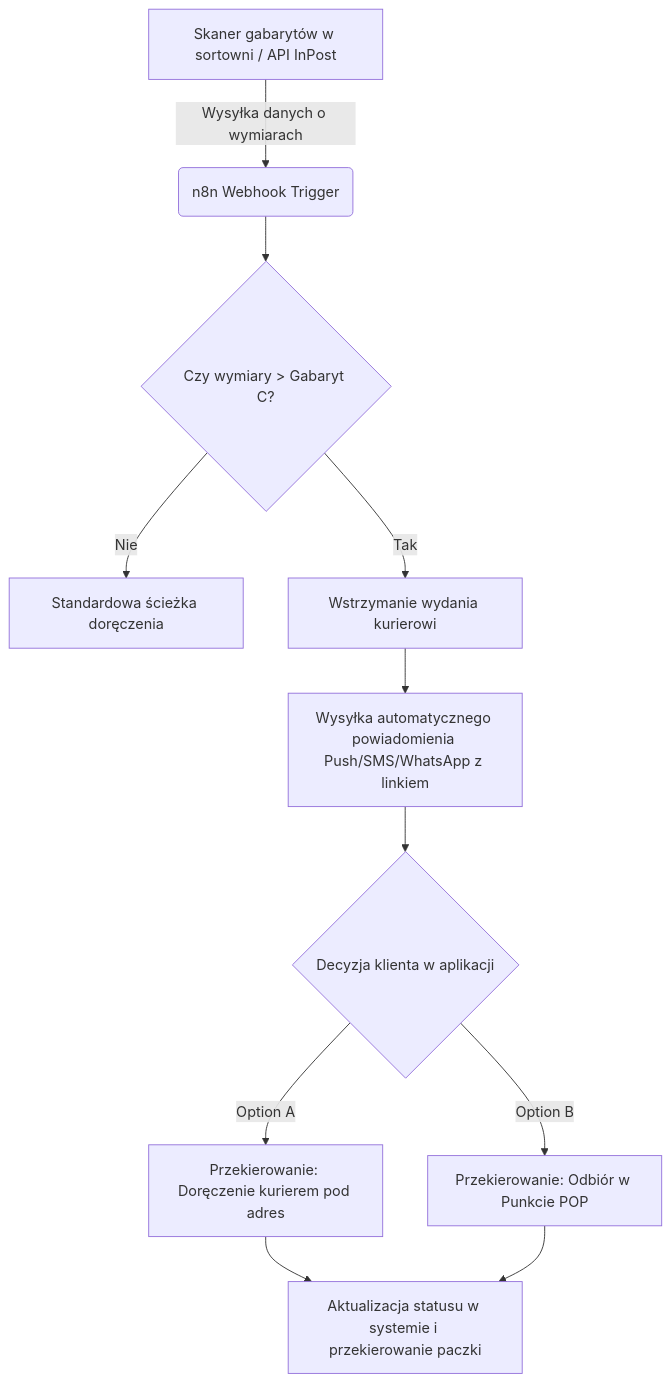
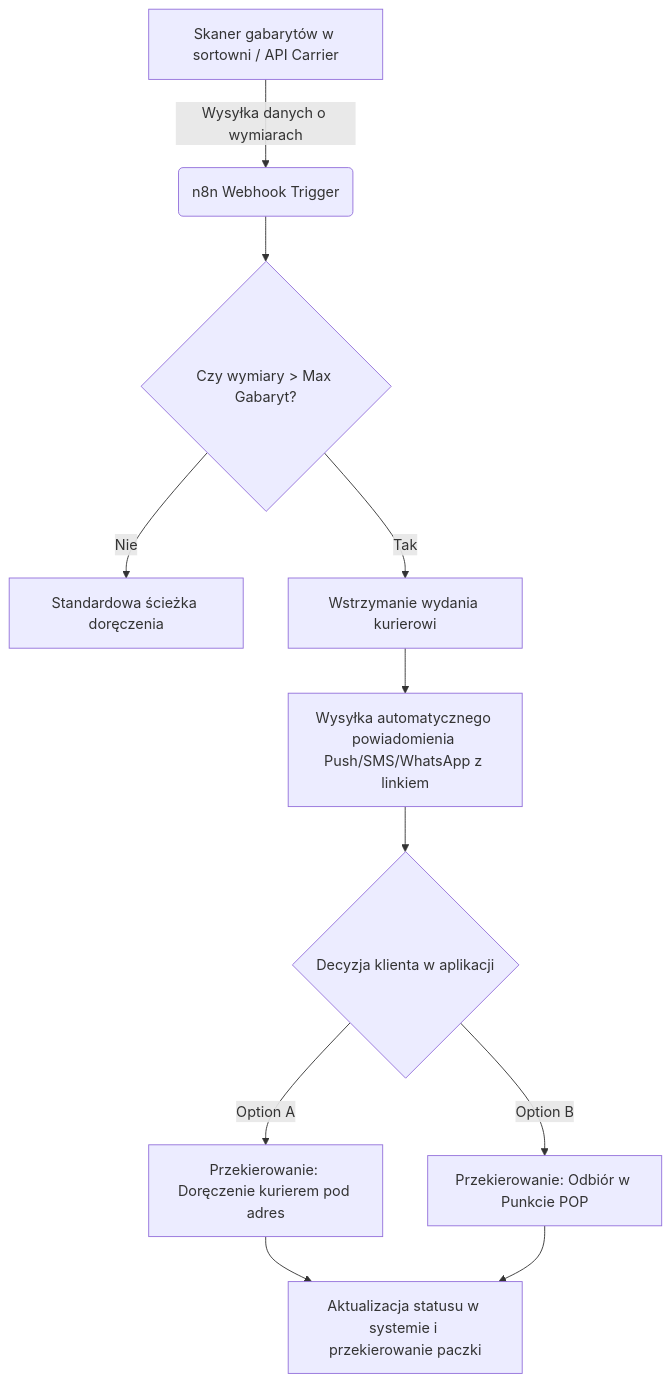
The diagram in README.md (majawt-hash/parcel-dimension-automation-case-study), drawn with Mermaid before and after one commit. The commit also changed other lines of this file, not shown here.

````diff
--- a/README.md
+++ b/README.md
@@ -21,13 +21,13 @@
 ```mermaid
 graph TD
-    A[Skaner gabarytów w sortowni / API InPost] -->|Wysyłka danych o wymiarach| B(n8n Webhook Trigger)
-    B --> C{Czy wymiary > Gabaryt C?}
+    A[Skaner gabarytów w sortowni / API Carrier] -->|Wysyłka danych o wymiarach| B(n8n Webhook Trigger)
+    B --> C{Czy wymiary > Max Gabaryt?}
     C -->|Nie| D[Standardowa ścieżka doręczenia]
     C -->|Tak| E[Wstrzymanie wydania kurierowi]
     E --> F[Wysyłka automatycznego powiadomienia Push/SMS/WhatsApp z linkiem]
     F --> G{Decyzja klienta w aplikacji}
     G -->|Option A| H[Przekierowanie: Doręczenie kurierem pod adres]
     G -->|Option B| I[Przekierowanie: Odbiór w Punkcie POP]
     H --> J[Aktualizacja statusu w systemie i przekierowanie paczki]
     I --> J
 ```
````
